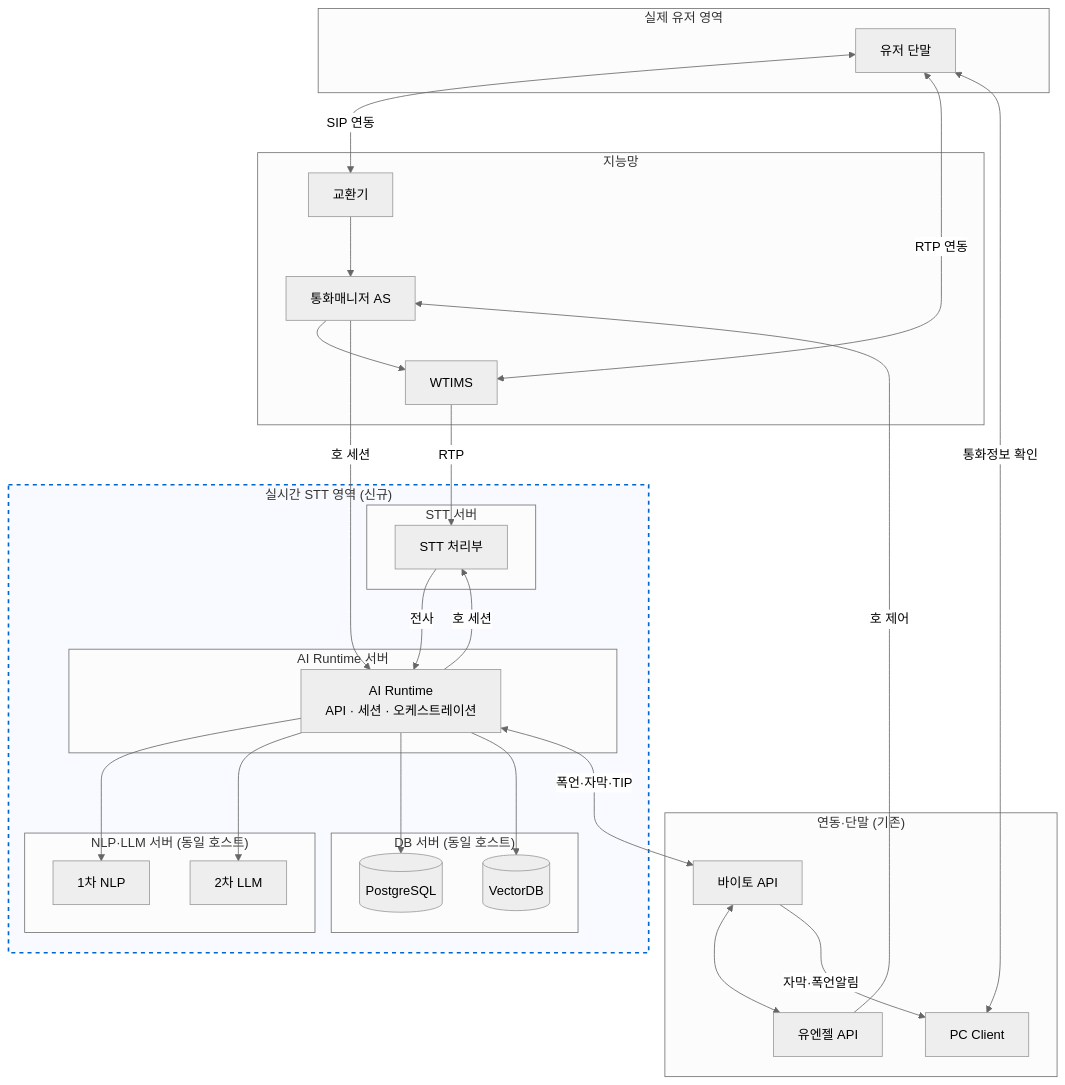
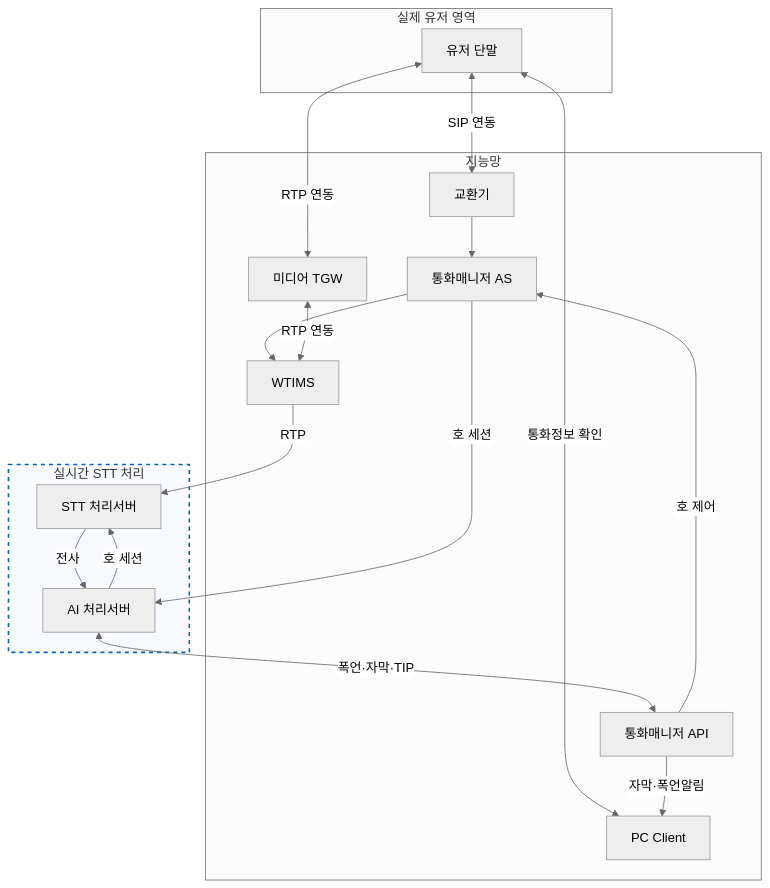
Before and after one commit to hak023/sip_pbx: the diagram in docs/architecture/stt-agent-integration-options.md, drawn with Mermaid (neutral theme). The commit also changed other lines of this file, not shown here.

Commit message:
docs: Update STT agent integration architecture diagram

````diff
--- a/docs/architecture/stt-agent-integration-options.md
+++ b/docs/architecture/stt-agent-integration-options.md
@@ -56,56 +7,34 @@
 ```mermaid
 flowchart TB
     subgraph USER_AREA["실제 유저 영역"]
         USER[유저 단말]
     end
 
     subgraph CORE["지능망"]
         EX[교환기] --> CM[통화매니저 AS]
         CM --> WT[WTIMS]
-    end
-
-    subgraph NEW_STT["실시간 STT 영역 (신규)"]
-        style NEW_STT fill:#f8faff,stroke:#0066cc,stroke-width:2px,stroke-dasharray: 5 5
-        
-        subgraph SRV_RT["AI Runtime 서버"]
-            RT[AI Runtime<br/>API · 세션 · 오케스트레이션]
-        end
-
-        subgraph SRV_STT["STT 서버"]
-            STT[STT 처리부]
-        end
-
-        subgraph SRV_ML["NLP·LLM 서버 (동일 호스트)"]
-            NLP[1차 NLP]
-            LLM[2차 LLM]
-        end
-
-        subgraph SRV_DB["DB 서버 (동일 호스트)"]
-            DB[(PostgreSQL)]
-            VDB[(VectorDB)]
-        end
-    end
-
-    subgraph EXT["연동·단말 (기존)"]
-        B[바이토 API]
-        U[유엔젤 API]
+        TGW[미디어 TGW]
+        CM_API[통화매니저 API]
         PC[PC Client]
     end
 
+    subgraph NEW_STT["실시간 STT 처리"]
+        style NEW_STT fill:#f8faff,stroke:#0066cc,stroke-width:2px,stroke-dasharray: 5 5
+        
+        STT[STT 처리서버]
+        RT[AI 처리서버]
+    end
+
     USER <-->|SIP 연동| EX
-    USER <-->|RTP 연동| WT
+    USER <-->|RTP 연동| TGW
+    TGW <-->|RTP 연동| WT
     USER <-->|통화정보 확인| PC
 
     CM -->|호 세션| RT
     RT -->|호 세션| STT
     WT -->|RTP| STT
     STT -->|전사| RT
-    RT --> NLP
-    RT --> LLM
-    RT --> DB
-    RT --> VDB
-    RT <-->|폭언·자막·TIP| B
-    B <--> U
-    U -->|호 제어| CM
-    B -->|자막·폭언알림| PC
+    RT <-->|폭언·자막·TIP| CM_API
+    CM_API -->|호 제어| CM
+    CM_API -->|자막·폭언알림| PC
 ```
````
